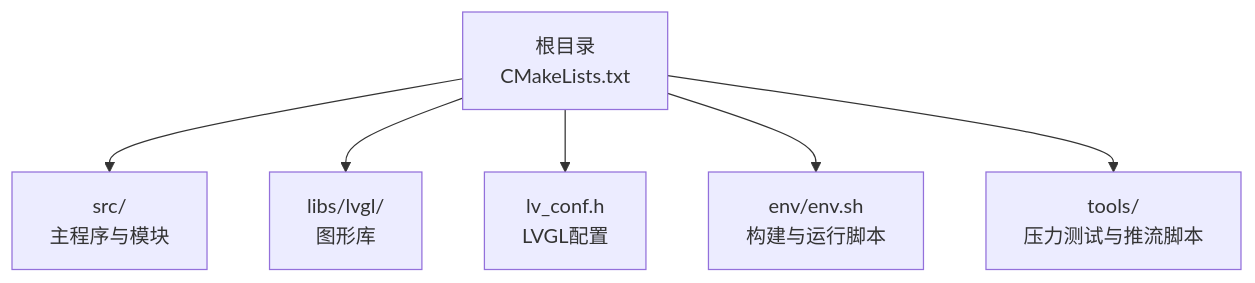
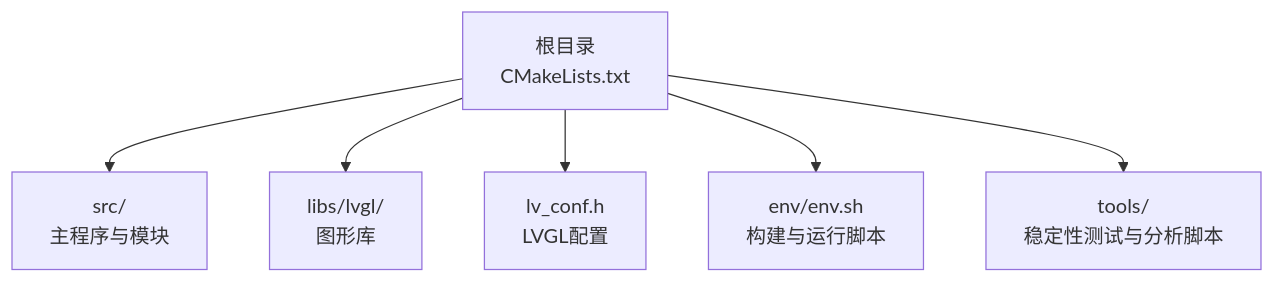
One commit to Drunk552/SmartAttendance changed the first of 4 diagrams in .qoder/repowiki/zh/content/部署运维/部署运维.md. Above: the diagram before and after it, drawn with Mermaid. The commit also changed other lines of this file and 26 other files, not shown here.

````diff
--- a/.qoder/repowiki/zh/content/部署运维/部署运维.md
+++ b/.qoder/repowiki/zh/content/部署运维/部署运维.md
@@ -35,8 +37,8 @@
 ```mermaid
 graph TB
 A["根目录<br/>CMakeLists.txt"] --> B["src/<br/>主程序与模块"]
 A --> C["libs/lvgl/<br/>图形库"]
 A --> D["lv_conf.h<br/>LVGL配置"]
 A --> E["env/env.sh<br/>构建与运行脚本"]
-A --> F["tools/<br/>压力测试与推流脚本"]
+A --> F["tools/<br/>稳定性测试与分析脚本"]
 ```
````
